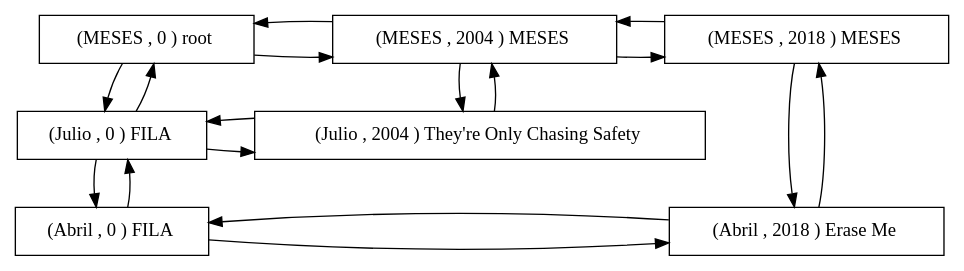
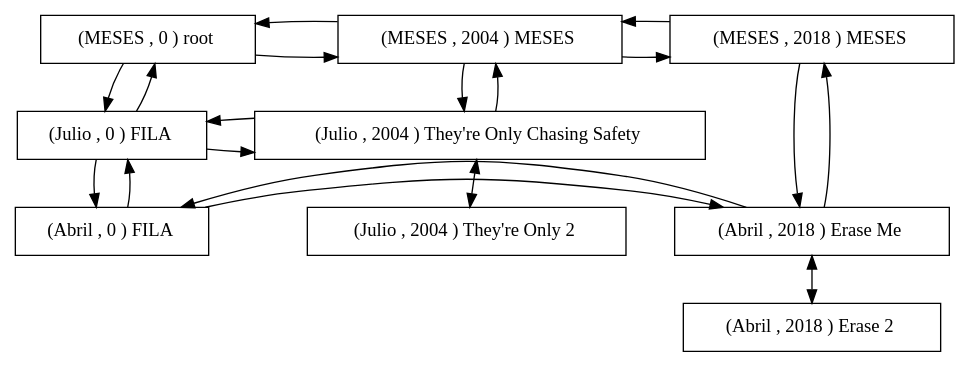
The diagram in Proyecto 1/report/Underoath_Discografy.dot (oscarc99/EDD_DIC_2019_PY1_201709140), drawn with Graphviz before and after one commit. The commit also changed 33 other files, not shown here.

```diff
--- a/Proyecto 1/report/Underoath_Discografy.dot
+++ b/Proyecto 1/report/Underoath_Discografy.dot
@@ -1,30 +1,36 @@
 digraph R { 
 rankdir = TB;node [shape=rectangle, height=0.5, width=0.5];
 graph[ nodesep = 0.5];
 nodeMESES0 [label = "  (MESES , 0 ) root  " ]; 
 nodeMESES2004 [label = "  (MESES , 2004 ) MESES  " ]; 
 nodeMESES2018 [label = "  (MESES , 2018 ) MESES  " ]; 
 nodeJulio0 [label = "  (Julio , 0 ) FILA  " ]; 
 nodeJulio2004 [label = "  (Julio , 2004 ) They're Only Chasing Safety  " ]; 
+node1Julio2004 [label = "  (Julio , 2004 ) They're Only 2  " ]; 
+nodeJulio2004 [label = "  (Julio , 2004 ) They're Only Chasing Safety  " ]; 
 nodeAbril0 [label = "  (Abril , 0 ) FILA  " ]; 
+nodeAbril2018 [label = "  (Abril , 2018 ) Erase Me  " ]; 
+node1Abril2018 [label = "  (Abril , 2018 ) Erase 2  " ]; 
 nodeAbril2018 [label = "  (Abril , 2018 ) Erase Me  " ]; 
 nodeMESES0 -> nodeMESES2004; 
 nodeMESES2004 -> nodeMESES2018; 
 nodeMESES2018 -> nodeMESES2004; 
 nodeMESES2004 -> nodeMESES0; 
 nodeJulio0 -> nodeJulio2004; 
+nodeJulio2004-> node1Julio2004[dir = both]; 
 nodeJulio2004 -> nodeJulio0; 
 nodeAbril0 -> nodeAbril2018[constraint=false]; 
+nodeAbril2018-> node1Abril2018[dir = both]; 
 nodeAbril2018 -> nodeAbril0[constraint=false]; 
 nodeMESES0 -> nodeJulio0; 
 nodeJulio0 -> nodeAbril0; 
 nodeAbril0 -> nodeJulio0; 
 nodeJulio0 -> nodeMESES0; 
 nodeMESES2004 -> nodeJulio2004; 
 nodeJulio2004 -> nodeMESES2004; 
 nodeMESES2018 -> nodeAbril2018; 
 nodeAbril2018 -> nodeMESES2018; 
 { rank = same;nodeMESES0 ;nodeMESES2004 ;nodeMESES2018 ;} 
 { rank = same;nodeJulio0 ;nodeJulio2004 ;} 
 { rank = same;nodeAbril0 ;nodeAbril2018 ;} 
 }
```
